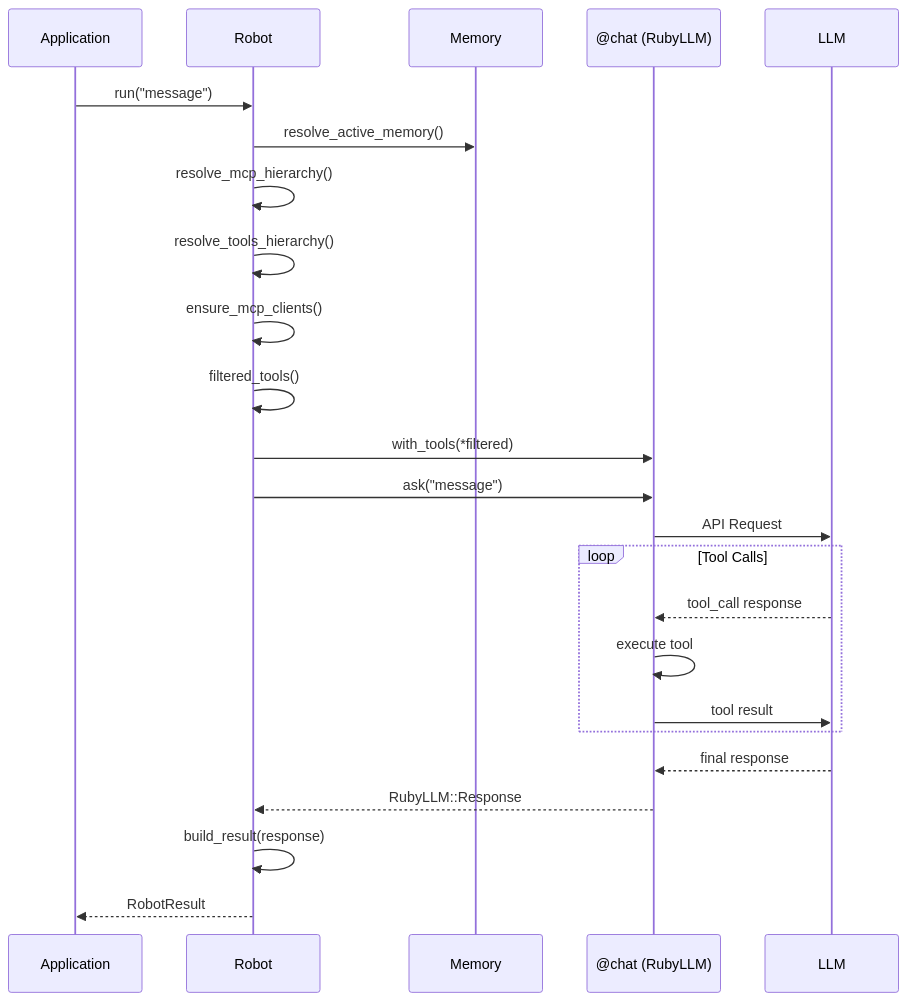
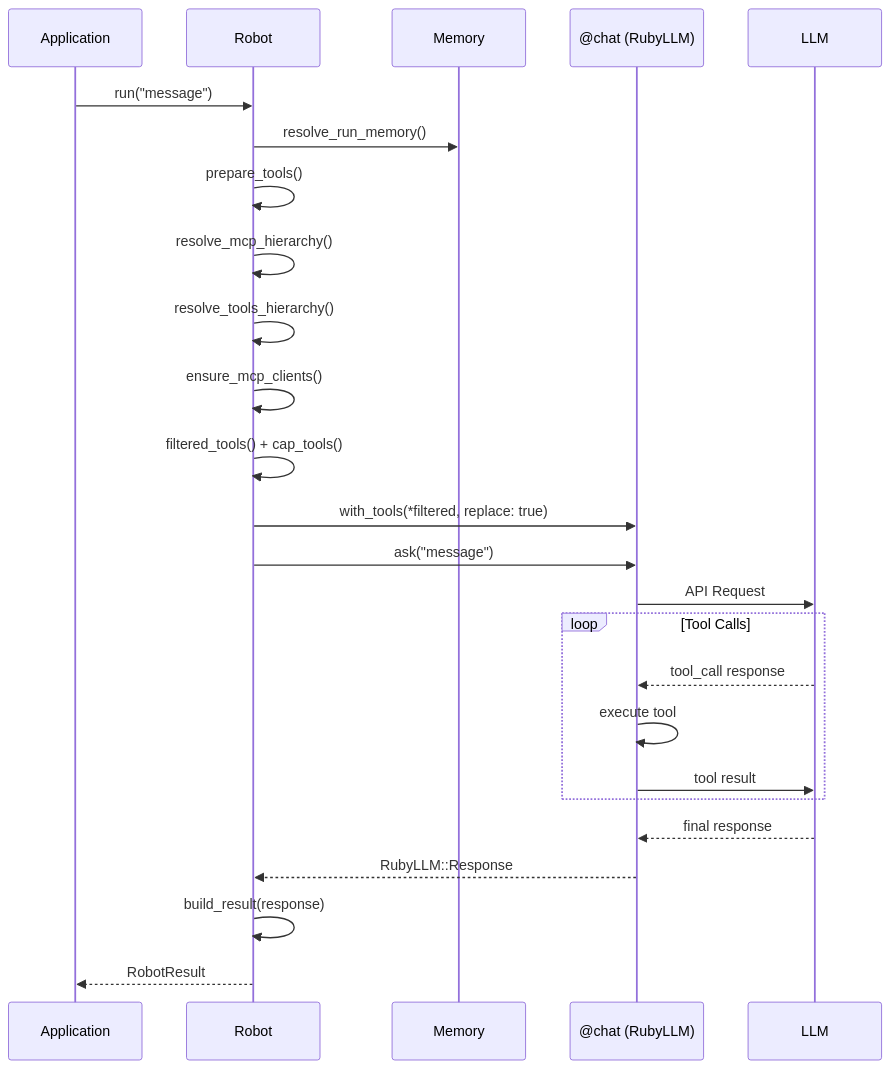
The first of 2 diagrams in docs/architecture/robot-execution.md (MadBomber/robot_lab), drawn with Mermaid before and after one commit. The commit also changed other lines of this file and 45 other files, not shown here.

````diff
--- a/docs/architecture/robot-execution.md
+++ b/docs/architecture/robot-execution.md
@@ -9,29 +9,30 @@
 ```mermaid
 sequenceDiagram
     participant App as Application
     participant Robot
     participant Memory
     participant Chat as @chat (RubyLLM)
     participant LLM
 
     App->>Robot: run("message")
-    Robot->>Memory: resolve_active_memory()
+    Robot->>Memory: resolve_run_memory()
+    Robot->>Robot: prepare_tools()
     Robot->>Robot: resolve_mcp_hierarchy()
     Robot->>Robot: resolve_tools_hierarchy()
     Robot->>Robot: ensure_mcp_clients()
-    Robot->>Robot: filtered_tools()
-    Robot->>Chat: with_tools(*filtered)
+    Robot->>Robot: filtered_tools() + cap_tools()
+    Robot->>Chat: with_tools(*filtered, replace: true)
     Robot->>Chat: ask("message")
     Chat->>LLM: API Request
 
     loop Tool Calls
         LLM-->>Chat: tool_call response
         Chat->>Chat: execute tool
         Chat->>LLM: tool result
     end
 
     LLM-->>Chat: final response
     Chat-->>Robot: RubyLLM::Response
     Robot->>Robot: build_result(response)
     Robot-->>App: RobotResult
 ```
````
